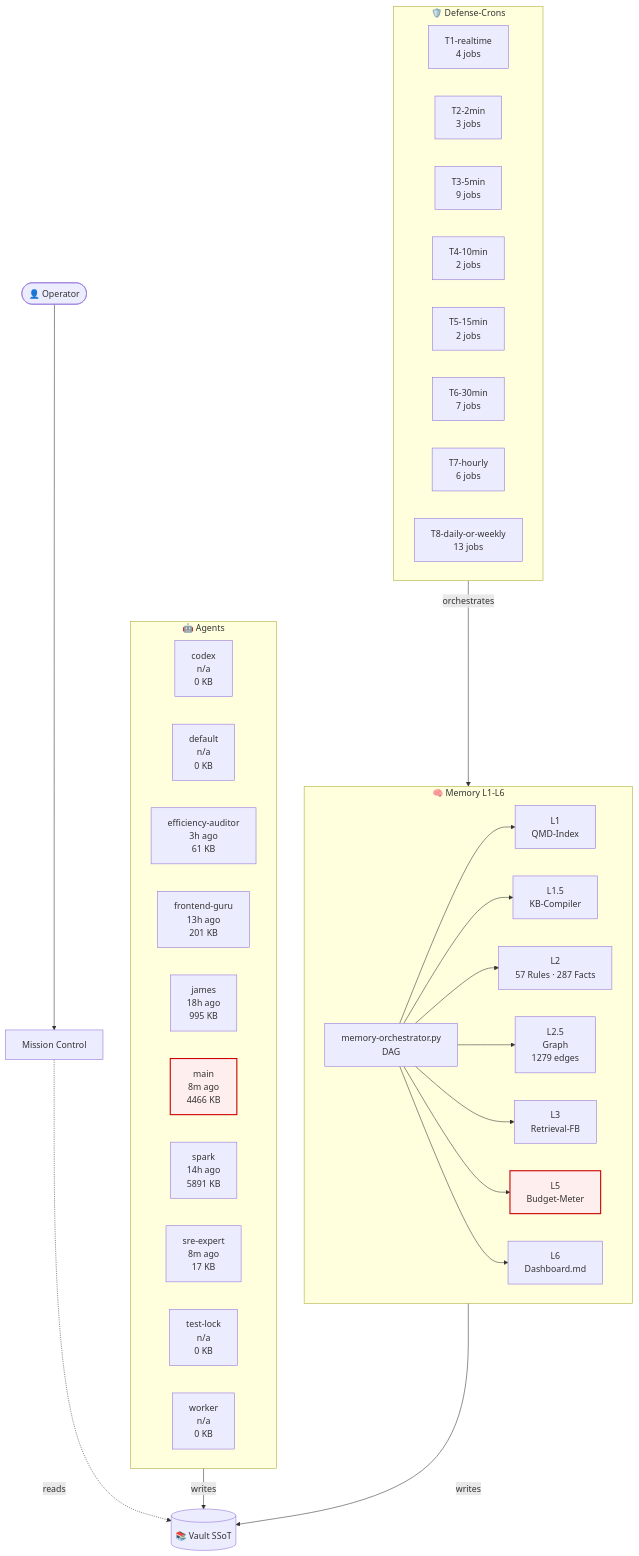
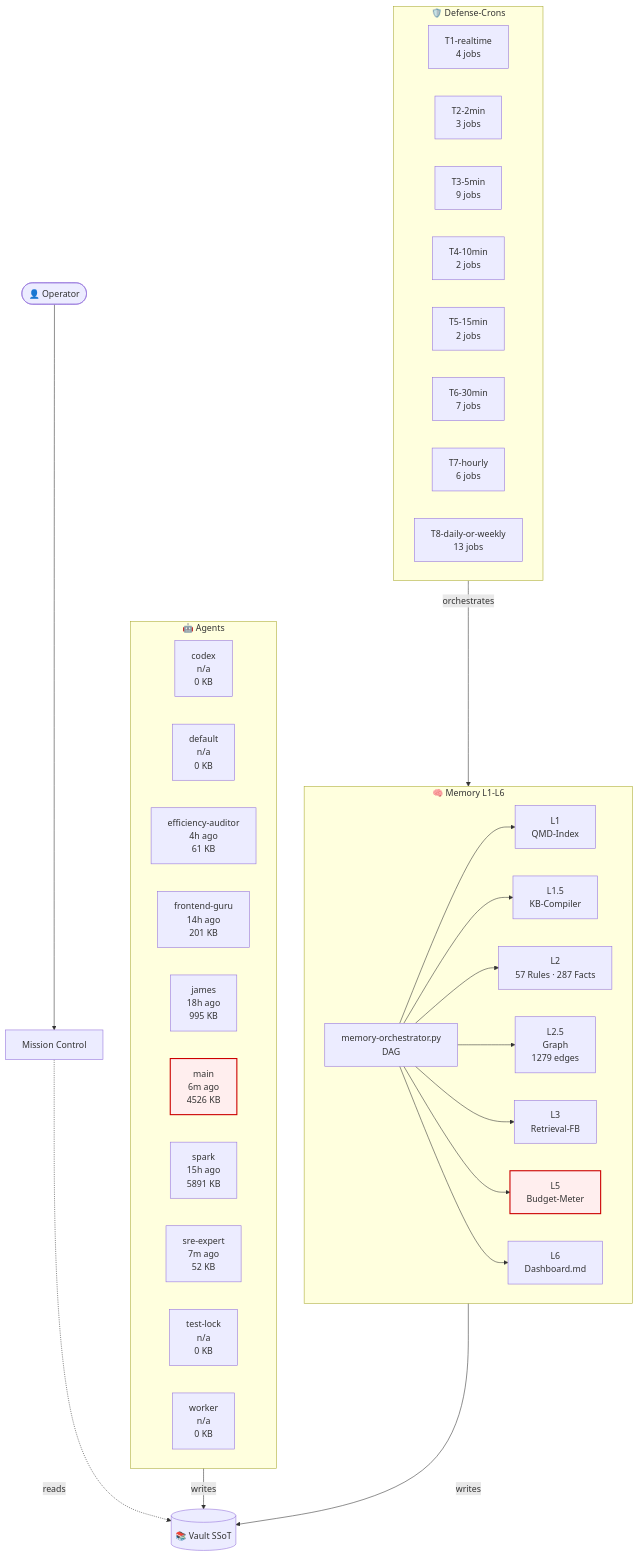
Before and after one commit to lenardhuebner88-rgb/openclaw-memory: the diagram in 03-Agents/architecture-live.md, drawn with Mermaid. The commit also changed other lines of this file and 13 other files, not shown here.

````diff
--- a/03-Agents/architecture-live.md
+++ b/03-Agents/architecture-live.md
@@ -18,53 +18,53 @@
 ```mermaid
 flowchart TB
     classDef critical fill:#fee,stroke:#c00,stroke-width:2px;
     subgraph AGT["🤖 Agents"]
         agent_codex["codex<br/>n/a<br/>0 KB"]
         agent_default["default<br/>n/a<br/>0 KB"]
-        agent_efficiency_auditor["efficiency-auditor<br/>3h ago<br/>61 KB"]
-        agent_frontend_guru["frontend-guru<br/>13h ago<br/>201 KB"]
+        agent_efficiency_auditor["efficiency-auditor<br/>4h ago<br/>61 KB"]
+        agent_frontend_guru["frontend-guru<br/>14h ago<br/>201 KB"]
         agent_james["james<br/>18h ago<br/>995 KB"]
-        agent_main["main<br/>8m ago<br/>4466 KB"]
-        agent_spark["spark<br/>14h ago<br/>5891 KB"]
-        agent_sre_expert["sre-expert<br/>8m ago<br/>17 KB"]
+        agent_main["main<br/>6m ago<br/>4526 KB"]
+        agent_spark["spark<br/>15h ago<br/>5891 KB"]
+        agent_sre_expert["sre-expert<br/>7m ago<br/>52 KB"]
         agent_test_lock["test-lock<br/>n/a<br/>0 KB"]
         agent_worker["worker<br/>n/a<br/>0 KB"]
     end
     subgraph MEM["🧠 Memory L1-L6"]
         L1["L1<br/>QMD-Index"]
         L15["L1.5<br/>KB-Compiler"]
         L2["L2<br/>57 Rules · 287 Facts"]
         L25["L2.5<br/>Graph<br/>1279 edges"]
         L3["L3<br/>Retrieval-FB"]
         L5["L5<br/>Budget-Meter"]
         L6["L6<br/>Dashboard.md"]
         ORCH["memory-orchestrator.py<br/>DAG"]
     end
     subgraph CRN["🛡️ Defense-Crons"]
         tier_T1_realtime["T1-realtime<br/>4 jobs"]
         tier_T2_2min["T2-2min<br/>3 jobs"]
         tier_T3_5min["T3-5min<br/>9 jobs"]
         tier_T4_10min["T4-10min<br/>2 jobs"]
         tier_T5_15min["T5-15min<br/>2 jobs"]
         tier_T6_30min["T6-30min<br/>7 jobs"]
         tier_T7_hourly["T7-hourly<br/>6 jobs"]
         tier_T8_daily_or_weekly["T8-daily-or-weekly<br/>13 jobs"]
     end
     VAULT[("📚 Vault SSoT")]
     OP([👤 Operator])
     MC["Mission Control"]
     OP --> MC
     MC -.reads.-> VAULT
     AGT -->|writes| VAULT
     MEM -->|writes| VAULT
     ORCH --> L1
     ORCH --> L15
     ORCH --> L2
     ORCH --> L25
     ORCH --> L3
     ORCH --> L5
     ORCH --> L6
     CRN -->|orchestrates| MEM
     class L5 critical
     class agent_main critical
 ```
````
